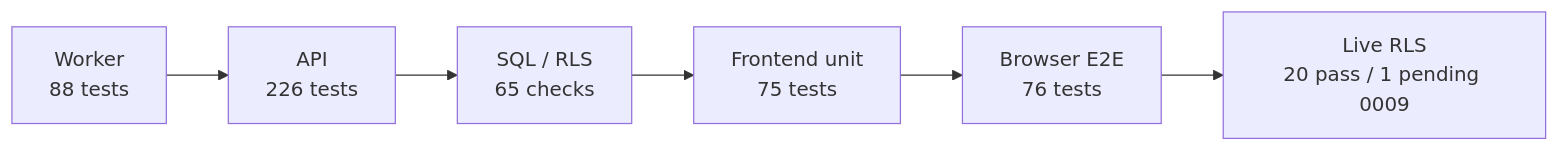
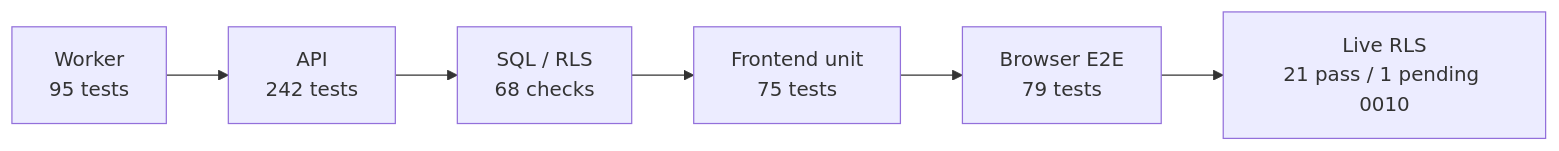
Before and after one commit to kanishk3114S/Visualify: the fourth of 4 diagrams in README.md, drawn with Mermaid. The commit also changed other lines of this file and 98 other files, not shown here.

````diff
--- a/README.md
+++ b/README.md
@@ -358,5 +364,5 @@
 ```mermaid
 flowchart LR
-    A["Worker<br/>88 tests"] --> B["API<br/>226 tests"] --> C["SQL / RLS<br/>65 checks"] --> D["Frontend unit<br/>75 tests"] --> E["Browser E2E<br/>76 tests"]
-    E --> F["Live RLS<br/>20 pass / 1 pending 0009"]
+    A["Worker<br/>95 tests"] --> B["API<br/>242 tests"] --> C["SQL / RLS<br/>68 checks"] --> D["Frontend unit<br/>75 tests"] --> E["Browser E2E<br/>79 tests"]
+    E --> F["Live RLS<br/>21 pass / 1 pending 0010"]
 ```
````
